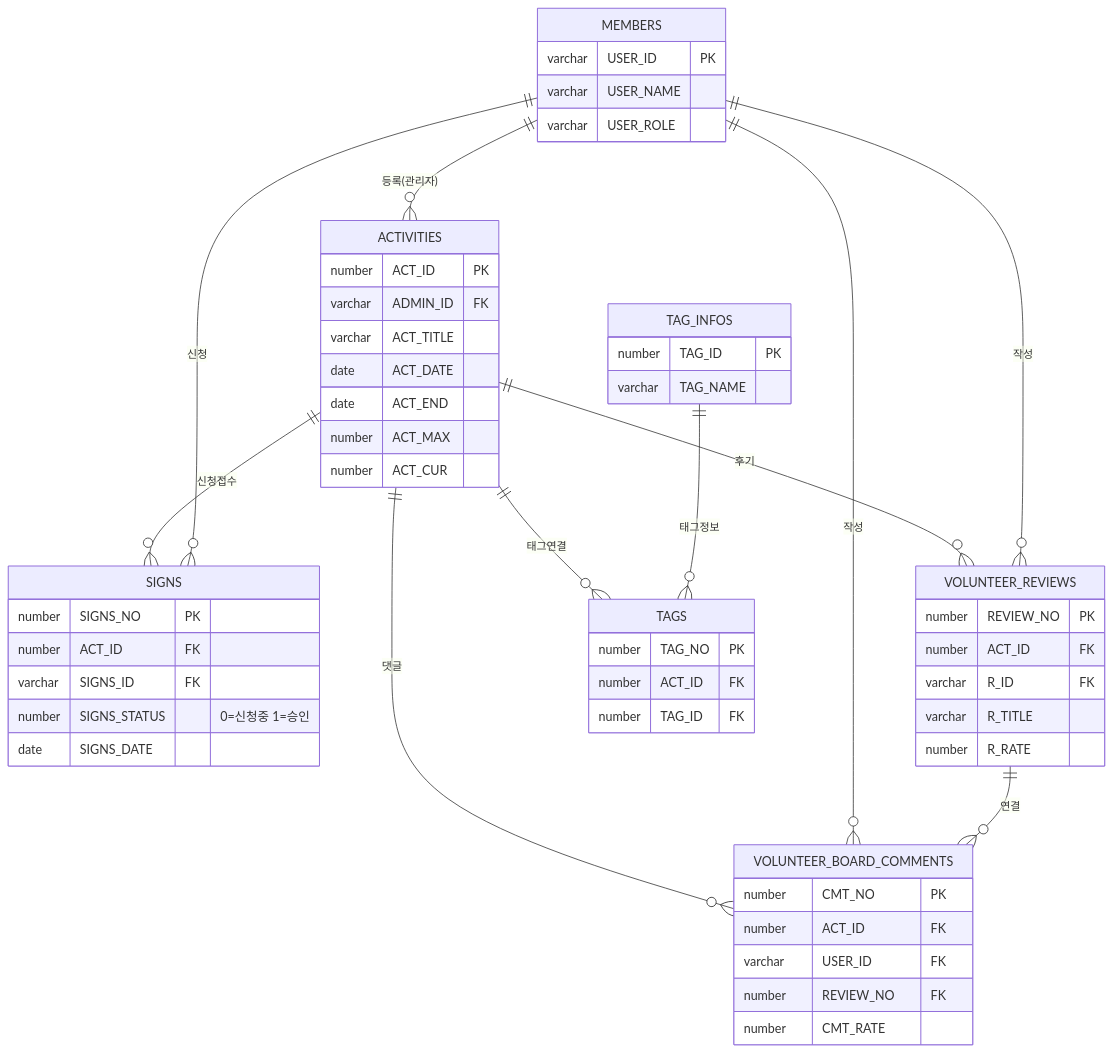
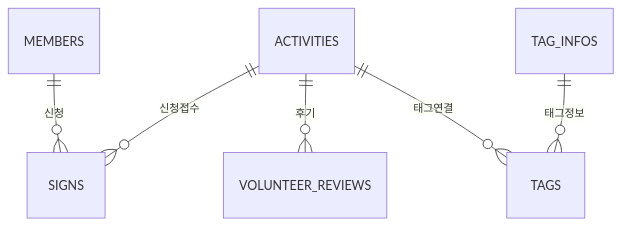
One commit to KJH-Portfolio/202511-stray-dog-volunteer changed the third of 5 diagrams in erd.md. Above: the diagram before and after it, drawn with Mermaid. The commit also changed other lines of this file and 3 other files, not shown here.

````diff
--- a/erd.md
+++ b/erd.md
@@ -500,58 +241,8 @@
 ```mermaid
 erDiagram
-    MEMBERS {
-        varchar USER_ID PK
-        varchar USER_NAME
-        varchar USER_ROLE
-    }
-    ACTIVITIES {
-        number  ACT_ID PK
-        varchar ADMIN_ID FK
-        varchar ACT_TITLE
-        date    ACT_DATE
-        date    ACT_END
-        number  ACT_MAX
-        number  ACT_CUR
-    }
-    SIGNS {
-        number  SIGNS_NO PK
-        number  ACT_ID FK
-        varchar SIGNS_ID FK
-        number  SIGNS_STATUS "0=신청중 1=승인"
-        date    SIGNS_DATE
-    }
-    VOLUNTEER_REVIEWS {
-        number  REVIEW_NO PK
-        number  ACT_ID FK
-        varchar R_ID FK
-        varchar R_TITLE
-        number  R_RATE
-    }
-    VOLUNTEER_BOARD_COMMENTS {
-        number  CMT_NO PK
-        number  ACT_ID FK
-        varchar USER_ID FK
-        number  REVIEW_NO FK
-        number  CMT_RATE
-    }
-    TAG_INFOS {
-        number  TAG_ID PK
-        varchar TAG_NAME
-    }
-    TAGS {
-        number TAG_NO PK
-        number ACT_ID FK
-        number TAG_ID FK
-    }
-
-    MEMBERS ||--o{ ACTIVITIES : "등록(관리자)"
     ACTIVITIES ||--o{ SIGNS : "신청접수"
     MEMBERS ||--o{ SIGNS : "신청"
     ACTIVITIES ||--o{ VOLUNTEER_REVIEWS : "후기"
-    MEMBERS ||--o{ VOLUNTEER_REVIEWS : "작성"
-    ACTIVITIES ||--o{ VOLUNTEER_BOARD_COMMENTS : "댓글"
-    MEMBERS ||--o{ VOLUNTEER_BOARD_COMMENTS : "작성"
-    VOLUNTEER_REVIEWS ||--o{ VOLUNTEER_BOARD_COMMENTS : "연결"
     ACTIVITIES ||--o{ TAGS : "태그연결"
     TAG_INFOS ||--o{ TAGS : "태그정보"
 ```
````
